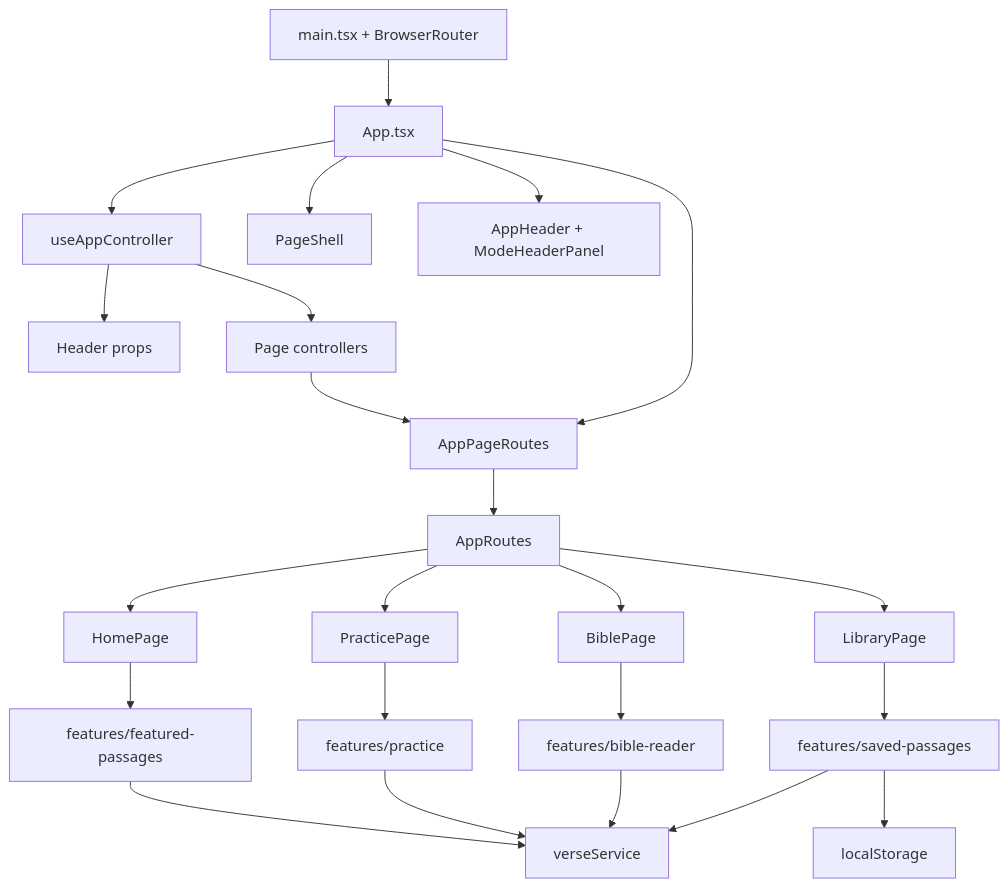
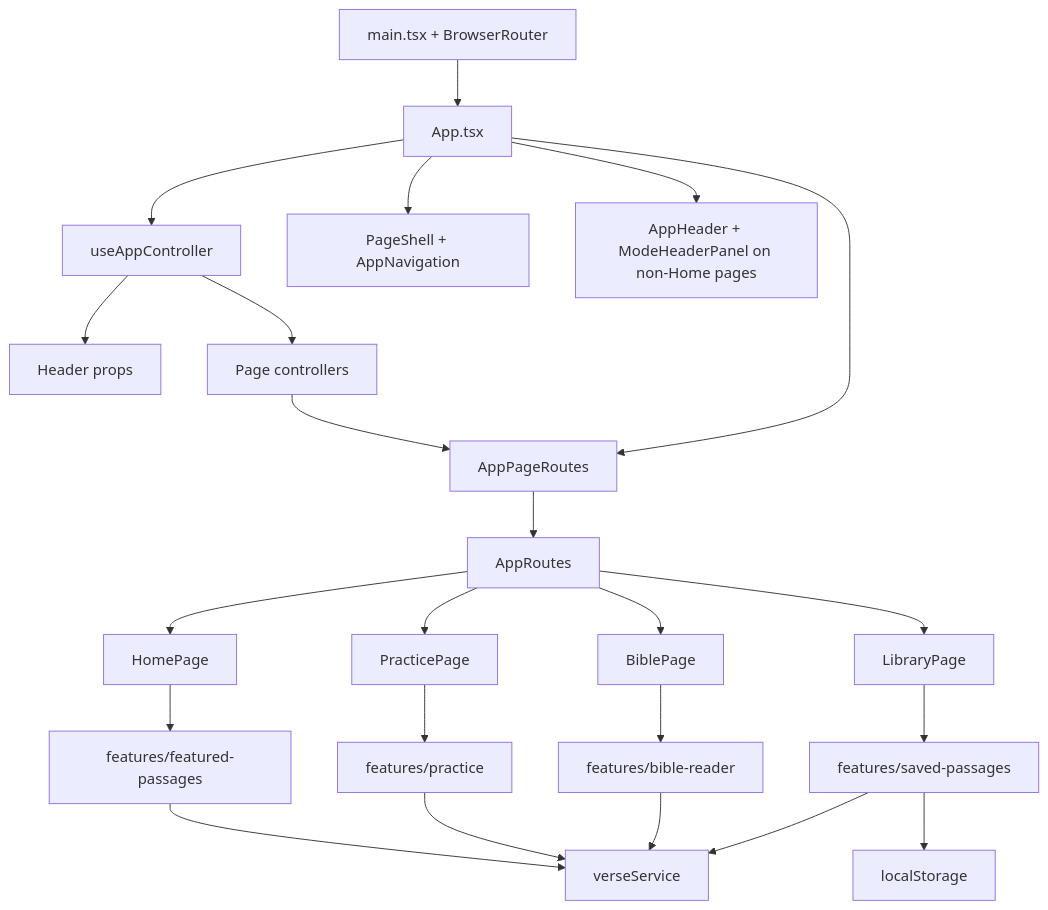
One commit to eirikenriquez/The-Word-per-Minute changed the diagram in docs/documentation.md. Above: the diagram before and after it, drawn with Mermaid. The commit also changed other lines of this file and 1 other file, not shown here.

Commit message:
Document app shell layout update

````diff
--- a/docs/documentation.md
+++ b/docs/documentation.md
@@ -418,25 +427,25 @@
 ```mermaid
 flowchart TD
   main["main.tsx + BrowserRouter"] --> app["App.tsx"]
   app --> controller["useAppController"]
-  app --> shell["PageShell"]
+  app --> shell["PageShell + AppNavigation"]
   controller --> headerController["Header props"]
   controller --> pageControllers["Page controllers"]
-  app --> header["AppHeader + ModeHeaderPanel"]
+  app --> header["AppHeader + ModeHeaderPanel on non-Home pages"]
   app --> pageRoutes["AppPageRoutes"]
   pageControllers --> pageRoutes
   pageRoutes --> routes["AppRoutes"]
   routes --> home["HomePage"]
   routes --> practice["PracticePage"]
   routes --> bible["BiblePage"]
   routes --> library["LibraryPage"]
   home --> featured["features/featured-passages"]
   practice --> practiceFeature["features/practice"]
   bible --> bibleFeature["features/bible-reader"]
   library --> savedFeature["features/saved-passages"]
   featured --> verseService["verseService"]
   practiceFeature --> verseService
   bibleFeature --> verseService
   savedFeature --> verseService
   savedFeature --> localStorage["localStorage"]
 ```
````
